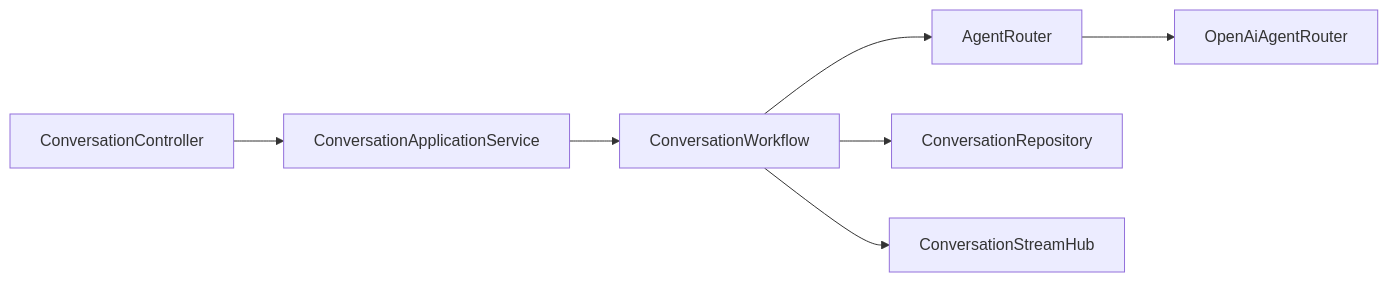
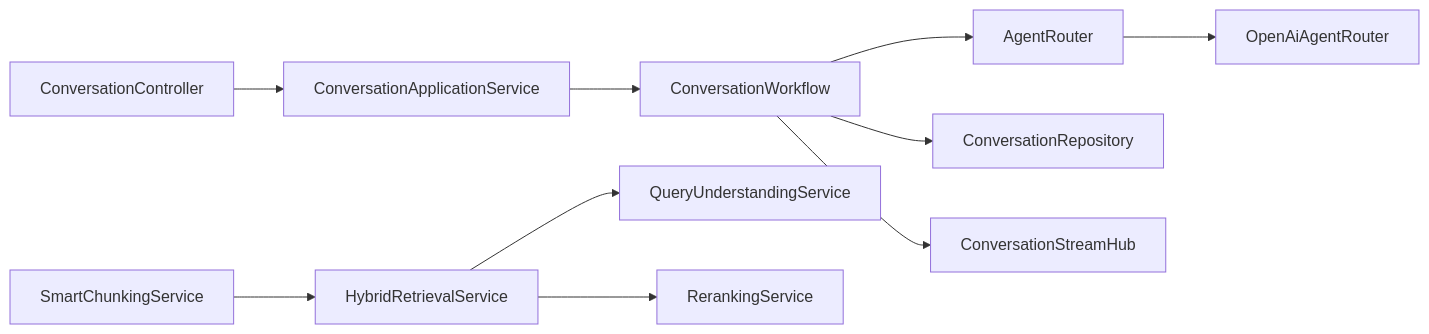
The ninth of 9 diagrams in .qoder/repowiki/zh/content/后端开发指南.md (Sinlair/TravelAgent), drawn with Mermaid before and after one commit. The commit also changed other lines of this file and 53 other files, not shown here.

````diff
--- a/.qoder/repowiki/zh/content/后端开发指南.md
+++ b/.qoder/repowiki/zh/content/后端开发指南.md
@@ -422,9 +632,12 @@
 ```mermaid
 graph LR
 CTRL["ConversationController"] --> SVC["ConversationApplicationService"]
 SVC --> WF["ConversationWorkflow"]
 WF --> AR["AgentRouter"]
 WF --> CR["ConversationRepository"]
 AR --> OAR["OpenAiAgentRouter"]
 WF --> HUB["ConversationStreamHub"]
+HR["HybridRetrievalService"] --> QUS["QueryUnderstandingService"]
+HR --> RS["RerankingService"]
+SC["SmartChunkingService"] --> HR
 ```
````
